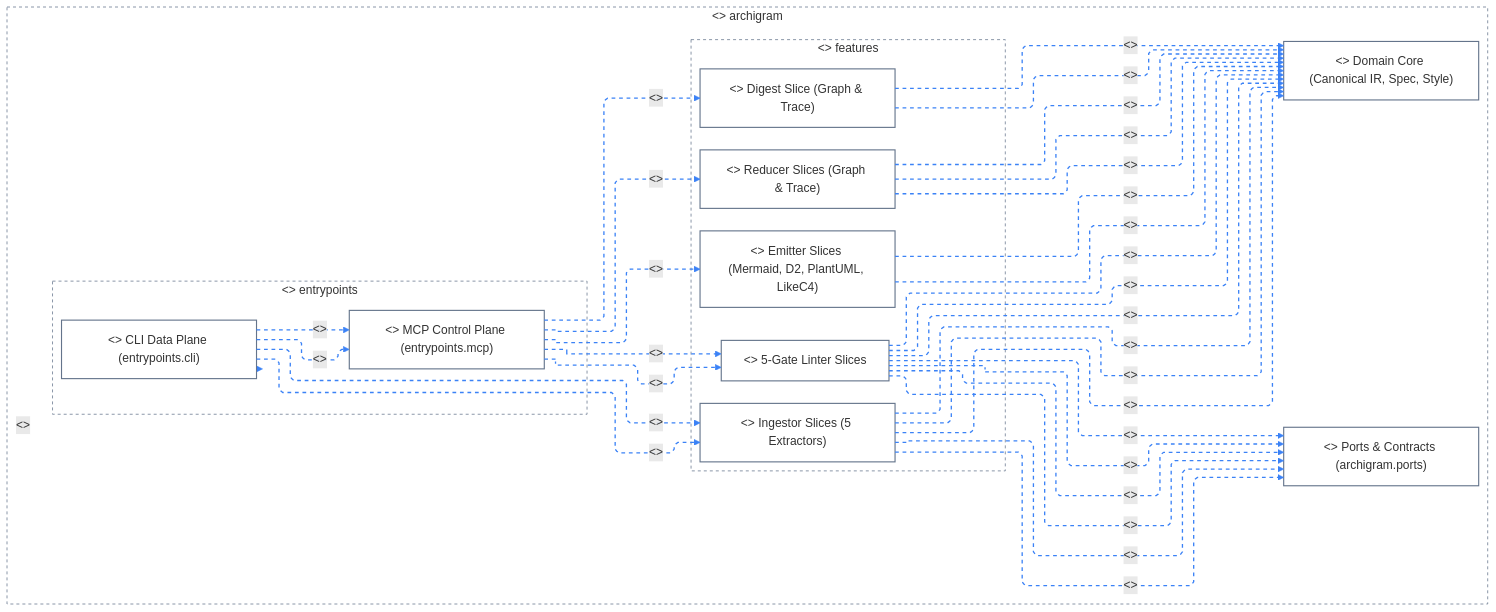
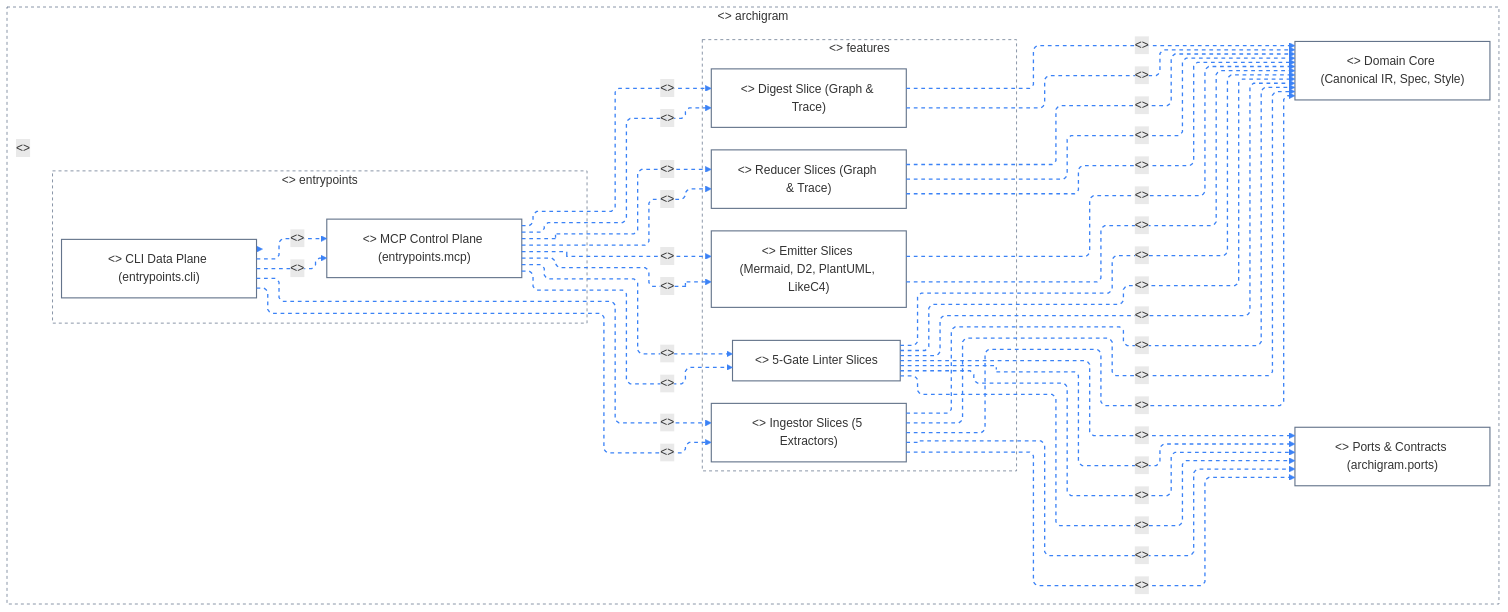
Before and after one commit to klcd/archigram: the diagram in docs/architecture/diagrams/showcase_uml_deployment_mermaid.mmd, drawn with Mermaid. The commit also changed 44 other files, not shown here.

```diff
--- a/docs/architecture/diagrams/showcase_uml_deployment_mermaid.mmd
+++ b/docs/architecture/diagrams/showcase_uml_deployment_mermaid.mmd
@@ -1,60 +1,63 @@
 ---
 config:
   layout: elk
   elk:
     mergeEdges: false
     nodePlacementStrategy: BRANDES_KOEPF
   flowchart:
     defaultRenderer: elk
     curve: linear
 ---
 flowchart LR
   classDef default fill:transparent,stroke:#64748b,stroke-width:1.5px
   subgraph n0["<<executionEnv>> archigram"]
     subgraph n1["<<executionEnv>> entrypoints"]
       n3["<<artifact>> CLI Data Plane (entrypoints.cli)"]
       n10["<<artifact>> MCP Control Plane (entrypoints.mcp)"]
     end
     subgraph n2["<<executionEnv>> features"]
       n5["<<artifact>> Digest Slice (Graph & Trace)"]
       n6["<<artifact>> Emitter Slices (Mermaid, D2, PlantUML, LikeC4)"]
       n7["<<artifact>> Ingestor Slices (5 Extractors)"]
       n8["<<artifact>> 5-Gate Linter Slices"]
       n9["<<artifact>> Reducer Slices (Graph & Trace)"]
     end
     n4["<<artifact>> Domain Core (Canonical IR, Spec, Style)"]
     n11["<<artifact>> Ports & Contracts (archigram.ports)"]
   end
   style n0 fill:transparent,stroke:#64748b,stroke-width:1px,stroke-dasharray:4 4
   style n1 fill:transparent,stroke:#64748b,stroke-width:1px,stroke-dasharray:4 4
   style n2 fill:transparent,stroke:#64748b,stroke-width:1px,stroke-dasharray:4 4
   n3 -.->|"<<deploy>>"| n0
   n10 -.->|"<<deploy>>"| n5
+  n10 -.->|"<<deploy>>"| n5
   n8 -.->|"<<deploy>>"| n4
   n7 -.->|"<<deploy>>"| n4
   n5 -.->|"<<deploy>>"| n4
   n9 -.->|"<<deploy>>"| n4
   n7 -.->|"<<deploy>>"| n4
   n5 -.->|"<<deploy>>"| n4
   n6 -.->|"<<deploy>>"| n4
   n9 -.->|"<<deploy>>"| n4
   n6 -.->|"<<deploy>>"| n4
   n8 -.->|"<<deploy>>"| n4
   n9 -.->|"<<deploy>>"| n4
   n7 -.->|"<<deploy>>"| n4
   n8 -.->|"<<deploy>>"| n4
   n10 -.->|"<<deploy>>"| n6
+  n10 -.->|"<<deploy>>"| n6
   n3 -.->|"<<deploy>>"| n7
   n3 -.->|"<<deploy>>"| n7
   n10 -.->|"<<deploy>>"| n8
   n10 -.->|"<<deploy>>"| n8
   n3 -.->|"<<deploy>>"| n10
   n3 -.->|"<<deploy>>"| n10
   n8 -.->|"<<deploy>>"| n11
   n8 -.->|"<<deploy>>"| n11
   n7 -.->|"<<deploy>>"| n11
   n8 -.->|"<<deploy>>"| n11
   n7 -.->|"<<deploy>>"| n11
   n8 -.->|"<<deploy>>"| n11
   n10 -.->|"<<deploy>>"| n9
-  linkStyle 0,1,2,3,4,5,6,7,8,9,10,11,12,13,14,15,16,17,18,19,20,21,22,23,24,25,26,27,28 stroke:#3b82f6,stroke-width:1.75px,stroke-dasharray:5 5
+  n10 -.->|"<<deploy>>"| n9
+  linkStyle 0,1,2,3,4,5,6,7,8,9,10,11,12,13,14,15,16,17,18,19,20,21,22,23,24,25,26,27,28,29,30,31 stroke:#3b82f6,stroke-width:1.75px,stroke-dasharray:5 5
```
